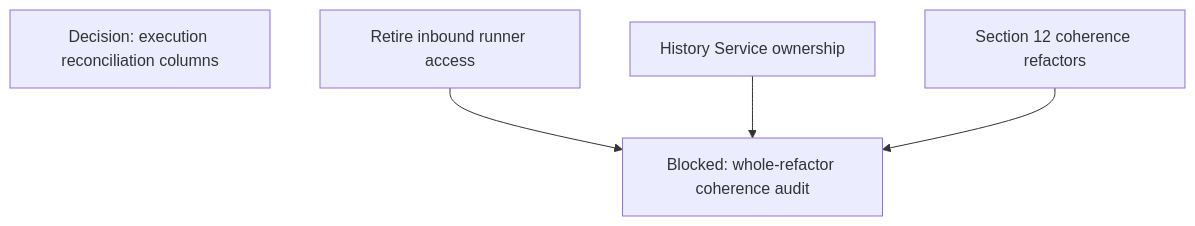
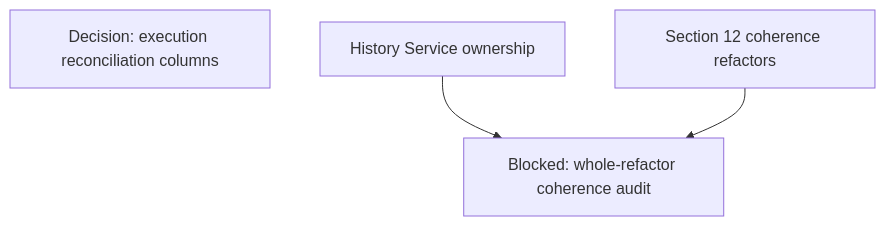
One commit to agentydragon-agent/ducktape changed diagram 12 of 14 in agentplane/plans/task_dag.md. Above: the diagram before and after it, drawn with Mermaid. The commit also changed other lines of this file and 53 other files, not shown here.

First line of the commit message:
agentplane: retire the runner's inbound gRPC server (#10123)

````diff
--- a/agentplane/plans/task_dag.md
+++ b/agentplane/plans/task_dag.md
@@ -845,8 +837,7 @@
 ```mermaid
 flowchart TD
     ACTION_EXECUTION_AUDIT_TRIM[Decision: execution reconciliation columns]
     REFACTOR_COHERENCE_AUDIT[Blocked: whole-refactor coherence audit]
-    RUNNER_INBOUND_RETIRE[Retire inbound runner access] --> REFACTOR_COHERENCE_AUDIT
     HISTORY_SERVICE_OWNERSHIP[History Service ownership] --> REFACTOR_COHERENCE_AUDIT
     COHERENCE_REFACTORS[Section 12 coherence refactors] --> REFACTOR_COHERENCE_AUDIT
 ```
````
